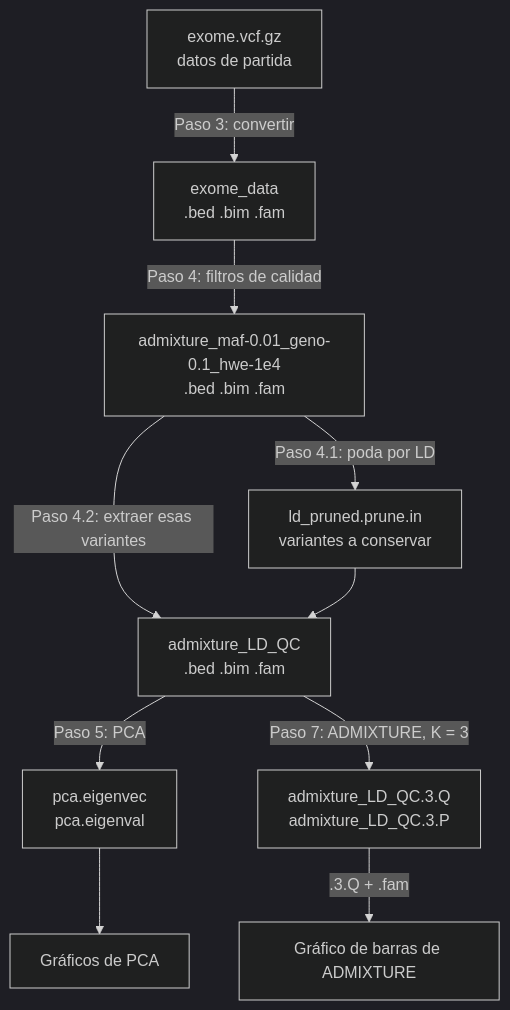
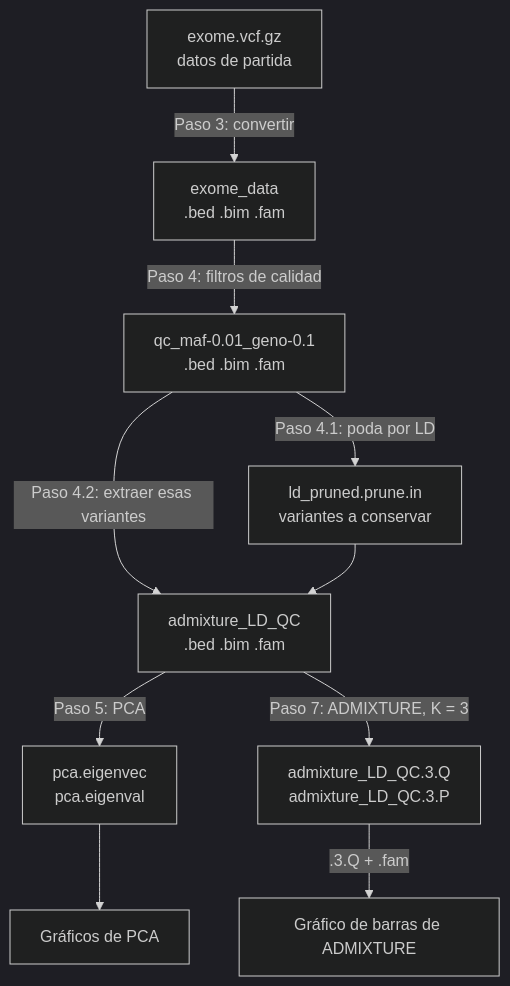
The diagram in notebooks/archivos_por_paso.md (YTZ27/curso-ancestria), drawn with Mermaid (dark theme) before and after one commit. The commit also changed other lines of this file and 3 other files, not shown here.

````diff
--- a/notebooks/archivos_por_paso.md
+++ b/notebooks/archivos_por_paso.md
@@ -7,12 +7,12 @@
 ```mermaid
 flowchart TD
     VCF["exome.vcf.gz<br/>datos de partida"] -->|"Paso 3: convertir"| RAW["exome_data<br/>.bed .bim .fam"]
-    RAW -->|"Paso 4: filtros de calidad"| QC["admixture_maf-0.01_geno-0.1_hwe-1e4<br/>.bed .bim .fam"]
+    RAW -->|"Paso 4: filtros de calidad"| QC["qc_maf-0.01_geno-0.1<br/>.bed .bim .fam"]
     QC -->|"Paso 4.1: poda por LD"| LIST["ld_pruned.prune.in<br/>variantes a conservar"]
     QC -->|"Paso 4.2: extraer esas variantes"| FINAL["admixture_LD_QC<br/>.bed .bim .fam"]
     LIST --> FINAL
     FINAL -->|"Paso 5: PCA"| PCA["pca.eigenvec<br/>pca.eigenval"]
     FINAL -->|"Paso 7: ADMIXTURE, K = 3"| ADM["admixture_LD_QC.3.Q<br/>admixture_LD_QC.3.P"]
     PCA --> G1["Gráficos de PCA"]
     ADM -->|".3.Q + .fam"| G2["Gráfico de barras de ADMIXTURE"]
 ```
````
